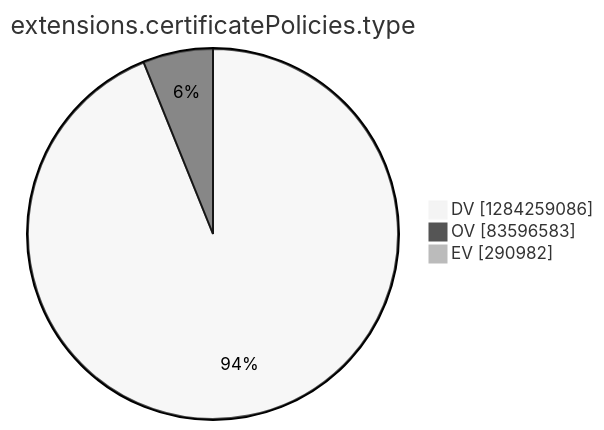
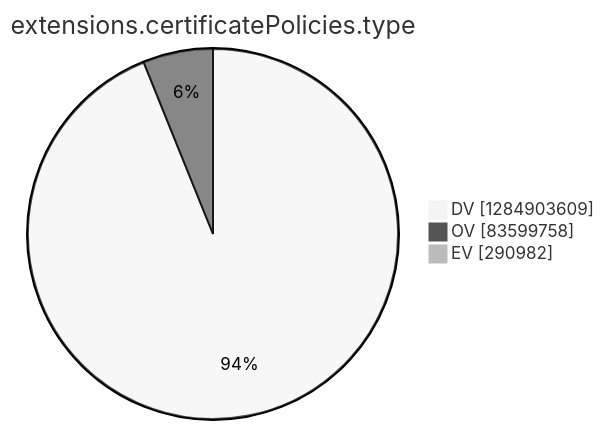
Before and after one commit to christiankrug/ctmonitor_visualization: the tenth of 15 diagrams in argon2022/README.md, drawn with Mermaid (neutral theme). The commit also changed other lines of this file, not shown here.

````diff
--- a/argon2022/README.md
+++ b/argon2022/README.md
@@ -2771,7 +2771,7 @@
 ```mermaid
 pie showData
 title extensions.certificatePolicies.type
-"DV" :1284259086
-"OV" :83596583
+"DV" :1284903609
+"OV" :83599758
 "EV" :290982
 ```
````
